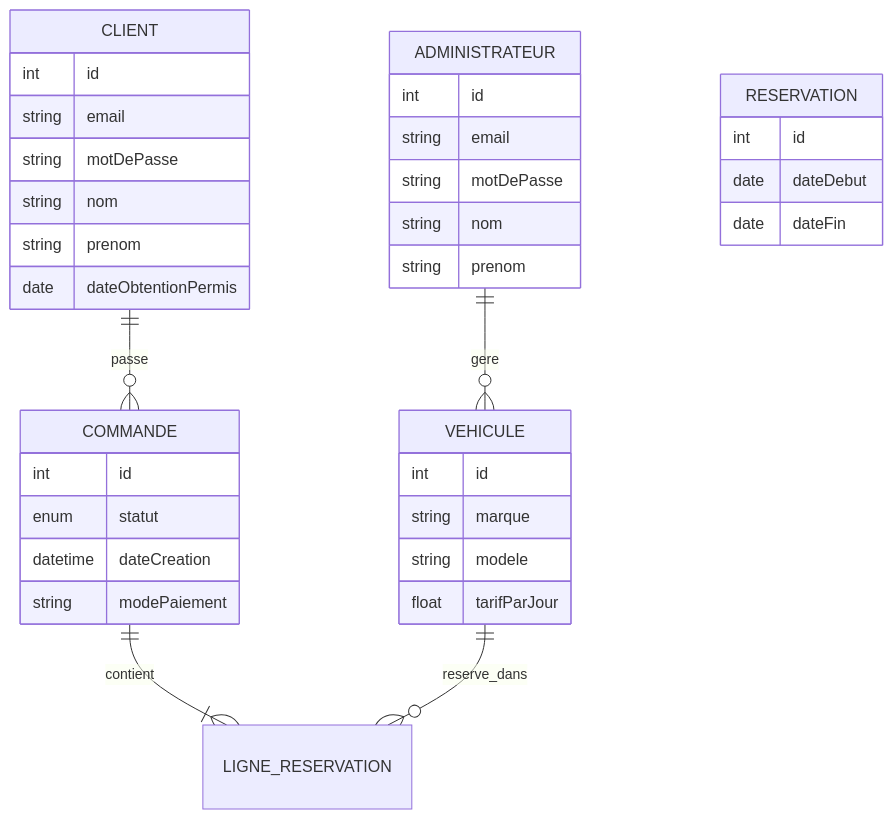
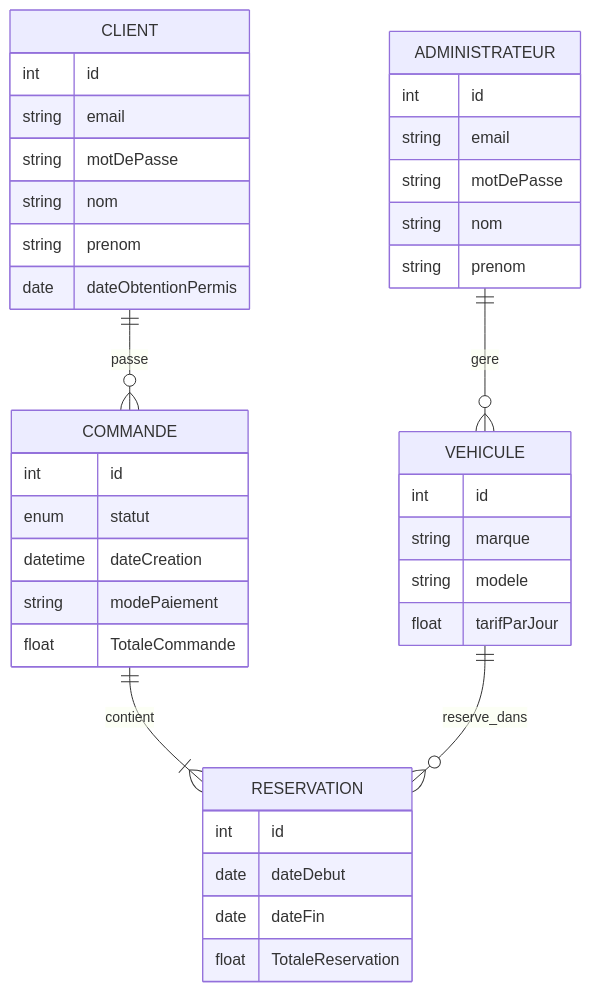
One commit to MahaSegni/Projet_LocaDrive changed the diagram in test.mmd. Above: the diagram before and after it, drawn with Mermaid. The commit also changed 3 other files, not shown here.

Commit message:
reservation commande

```diff
--- a/test.mmd
+++ b/test.mmd
@@ -1,42 +1,44 @@
 erDiagram
     CLIENT ||--o{ COMMANDE : passe
     ADMINISTRATEUR ||--o{ VEHICULE : gere
-    COMMANDE ||--|{ LIGNE_RESERVATION : contient
-    VEHICULE ||--o{ LIGNE_RESERVATION : reserve_dans
+    COMMANDE ||--|{ RESERVATION : contient
+    VEHICULE ||--o{ RESERVATION : reserve_dans
 
     CLIENT {
         int id
         string email
         string motDePasse
         string nom
         string prenom
         date dateObtentionPermis
     }
 
     ADMINISTRATEUR {
         int id
         string email
         string motDePasse
         string nom
         string prenom
     }
 
     VEHICULE {
         int id
         string marque
         string modele
         float tarifParJour
     }
 
     COMMANDE {
         int id
         enum statut
         datetime dateCreation
         string modePaiement
+        float TotaleCommande
     }
 
     RESERVATION {
         int id
         date dateDebut
         date dateFin
+        float TotaleReservation
     }
```
